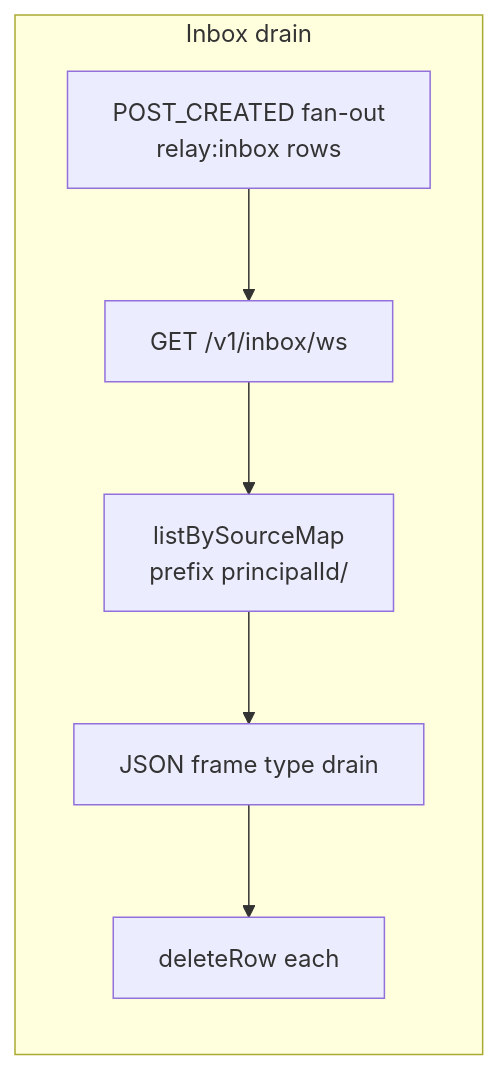
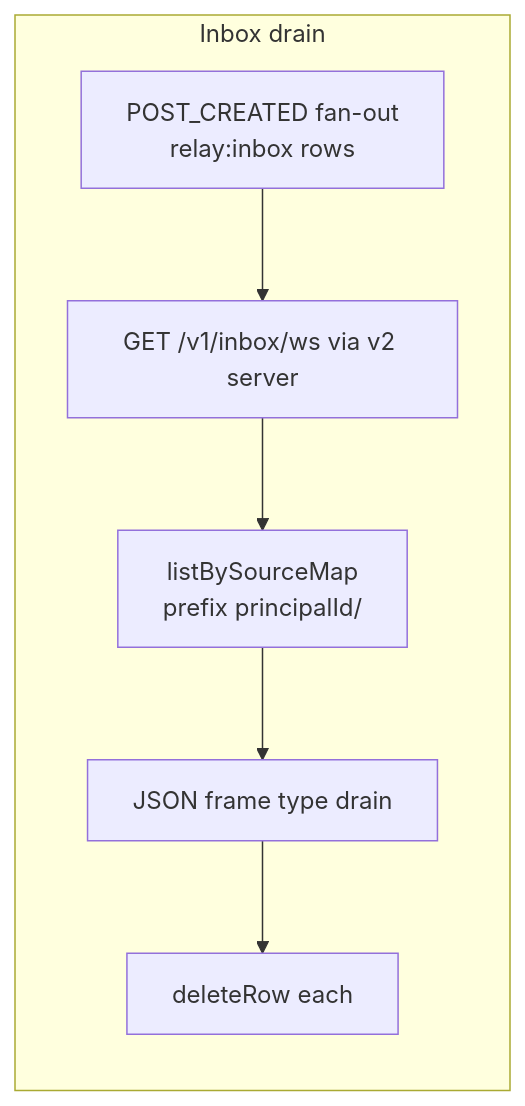
One commit to khoralabs/khora changed the diagram in packages/at2/host/README.md. Above: the diagram before and after it, drawn with Mermaid. The commit also changed other lines of this file and 34 other files, not shown here.

````diff
--- a/packages/at2/host/README.md
+++ b/packages/at2/host/README.md
@@ -11,14 +10,14 @@
 ```mermaid
 flowchart LR
   subgraph inboxFlow [Inbox drain]
     fanout["POST_CREATED fan-out\nrelay:inbox rows"]
-    openWs["GET /v1/inbox/ws"]
+    openWs["GET /v1/inbox/ws via v2 server"]
     list["listBySourceMap\nprefix principalId/"]
     send["JSON frame type drain"]
     del["deleteRow each"]
     fanout --> openWs
     openWs --> list
     list --> send
     send --> del
   end
 ```
````
